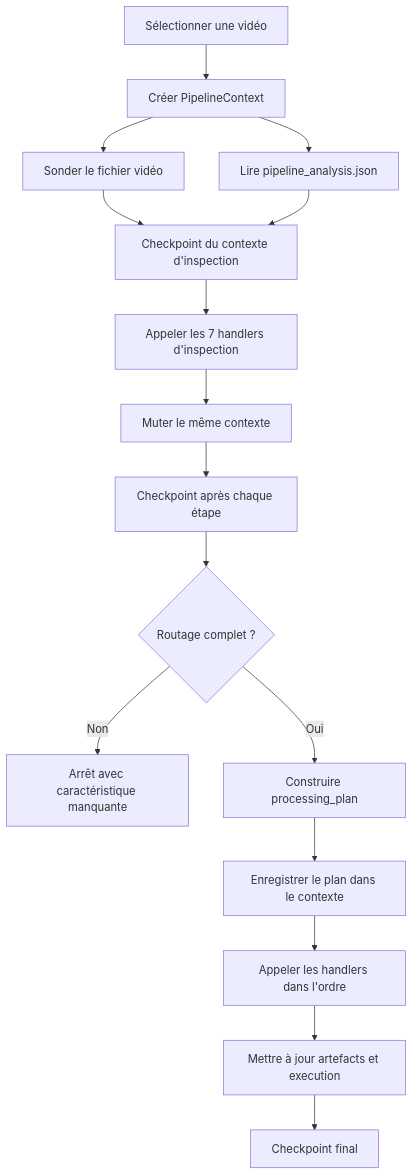
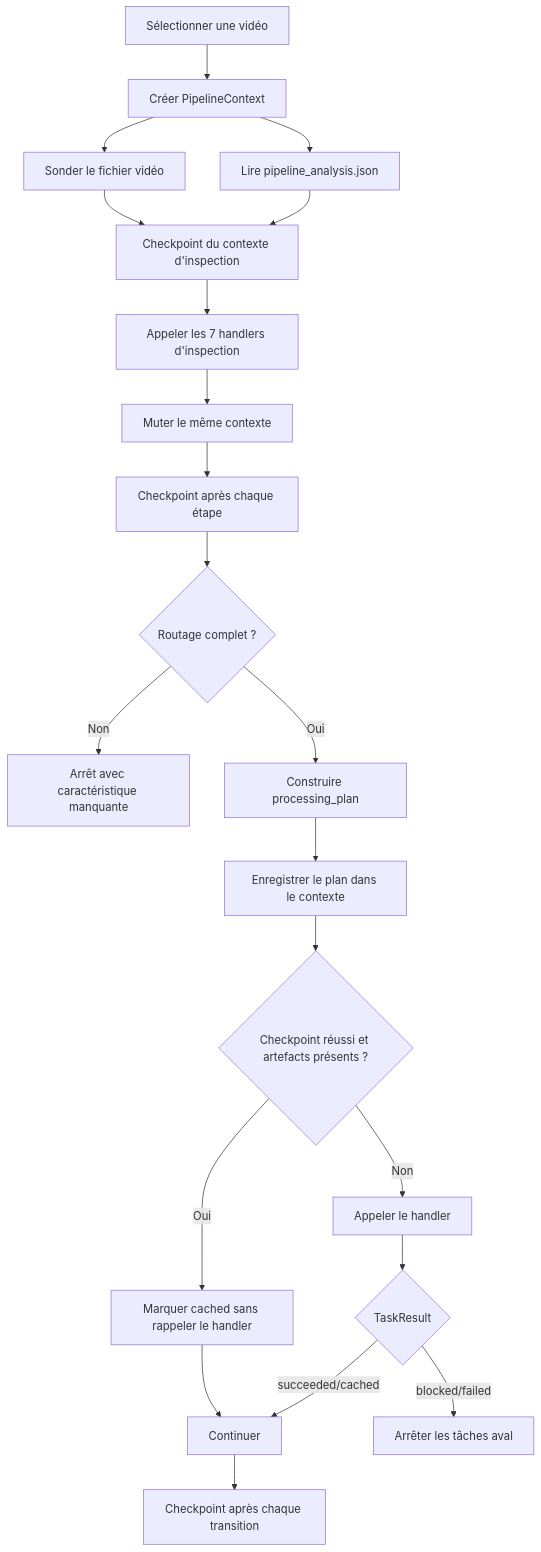
Before and after one commit to tangmomb/rag_ionis: the diagram in README.md, drawn with Mermaid. The commit also changed other lines of this file and 51 other files, not shown here.

Commit message:
refactor: formalize resumable pipeline architecture

````diff
--- a/README.md
+++ b/README.md
@@ -122,18 +137,23 @@
 ```mermaid
 flowchart TD
     A["Sélectionner une vidéo"] --> B["Créer PipelineContext"]
     B --> C["Sonder le fichier vidéo"]
     B --> D["Lire pipeline_analysis.json"]
     C --> E["Checkpoint du contexte d'inspection"]
     D --> E
     E --> F["Appeler les 7 handlers d'inspection"]
     F --> G["Muter le même contexte"]
     G --> H["Checkpoint après chaque étape"]
     H --> I{"Routage complet ?"}
     I -- Non --> J["Arrêt avec caractéristique manquante"]
     I -- Oui --> K["Construire processing_plan"]
     K --> L["Enregistrer le plan dans le contexte"]
-    L --> M["Appeler les handlers dans l'ordre"]
-    M --> N["Mettre à jour artefacts et execution"]
-    N --> O["Checkpoint final"]
+    L --> M{"Checkpoint réussi et artefacts présents ?"}
+    M -- Oui --> N["Marquer cached sans rappeler le handler"]
+    M -- Non --> O["Appeler le handler"]
+    O --> P{"TaskResult"}
+    P -- succeeded/cached --> Q["Continuer"]
+    P -- blocked/failed --> R["Arrêter les tâches aval"]
+    N --> Q
+    Q --> S["Checkpoint après chaque transition"]
 ```
````
